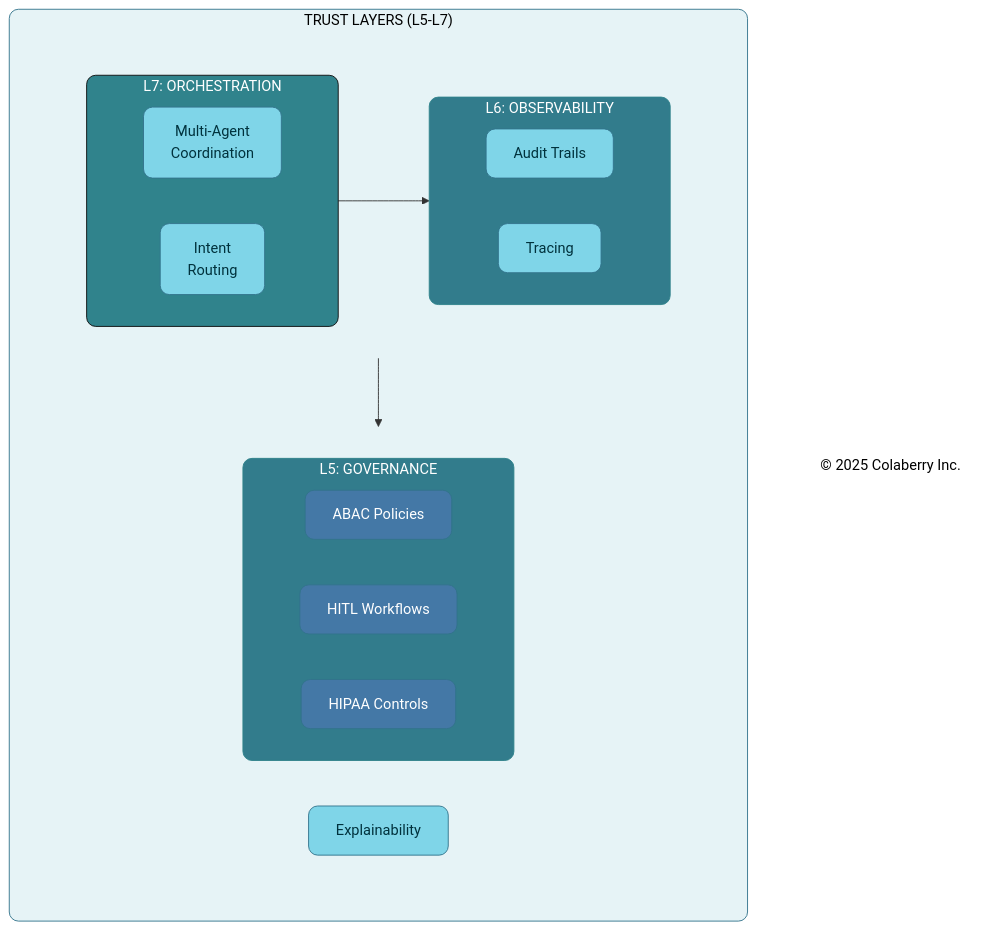
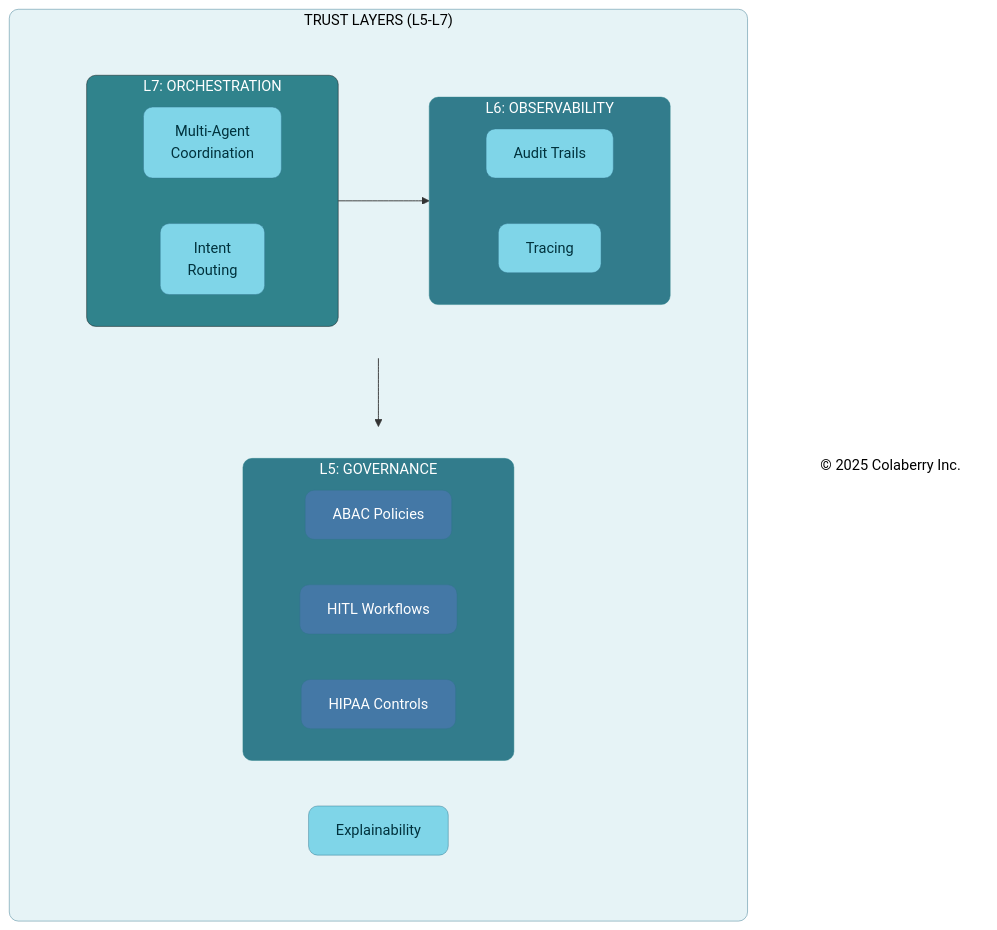
One commit to saitejesh-cyber/trust-before-intelligence-book changed the sixth of 7 diagrams in manuscript/11_chapter_10_week_by_week_implementation.md. Above: the diagram before and after it, drawn with Mermaid. The commit also changed other lines of this file and 12 other files, not shown here.

Commit message:
Update stroke width to 0.5px instead of 1px to all the diagrams

````diff
--- a/manuscript/11_chapter_10_week_by_week_implementation.md
+++ b/manuscript/11_chapter_10_week_by_week_implementation.md
@@ -1150,52 +1150,52 @@
 ```mermaid
 
 graph TB
     subgraph TRUST["TRUST LAYERS (L5-L7)"]
         direction TB
         subgraph ROW1[" "]
             direction LR
             subgraph ORCH["L7: ORCHESTRATION"]
                 O1["Multi-Agent<br/>Coordination"]
                 O2["Intent<br/>Routing"]
             end
             
             subgraph OBS["L6: OBSERVABILITY"]
                 B1["Audit Trails"]
                 B2["Tracing"]
             end
         end
         
         subgraph ROW2[" "]
             direction LR
             subgraph GOV["L5: GOVERNANCE"]
                 G1["ABAC Policies"]
                 G2["HITL Workflows"]
                 G3["HIPAA Controls"]
             end
             
             B3["Explainability"]
         end
     end
     
     Copyright["© 2025 Colaberry Inc."]
     
     ORCH --> OBS
     ROW1 --> ROW2
     
-    style TRUST fill:#E6F3F6,stroke:#32738C,stroke-width:1px,color:#000000,rx:10,ry:10
+    style TRUST fill:#E6F3F6,stroke:#32738C,stroke-width:0.5px,color:#000000,rx:10,ry:10
     style ROW1 fill:none,stroke:none,rx:10,ry:10
     style ROW2 fill:none,stroke:none,rx:10,ry:10
-    style ORCH fill:#30838C,stroke:#0D0D0D,stroke-width:1px,color:#ffffff,rx:10,ry:10
-    style OBS fill:#327C8C,stroke:#30838C,stroke-width:1px,color:#ffffff,rx:10,ry:10
-    style GOV fill:#327C8C,stroke:#30838C,stroke-width:1px,color:#ffffff,rx:10,ry:10
-    style O1 fill:#7FD5E8,stroke:#32738C,stroke-width:1px,color:#00323D,rx:10,ry:10
-    style O2 fill:#7FD5E8,stroke:#32738C,stroke-width:1px,color:#00323D,rx:10,ry:10
-    style B1 fill:#7FD5E8,stroke:#32738C,stroke-width:1px,color:#00323D,rx:10,ry:10
-    style B2 fill:#7FD5E8,stroke:#32738C,stroke-width:1px,color:#00323D,rx:10,ry:10
-    style B3 fill:#7FD5E8,stroke:#32738C,stroke-width:1px,color:#00323D,rx:10,ry:10
-    style G1 fill:#4478A6,stroke:#32738C,stroke-width:1px,color:#ffffff,rx:10,ry:10
-    style G2 fill:#4478A6,stroke:#32738C,stroke-width:1px,color:#ffffff,rx:10,ry:10
-    style G3 fill:#4478A6,stroke:#32738C,stroke-width:1px,color:#ffffff,rx:10,ry:10
+    style ORCH fill:#30838C,stroke:#0D0D0D,stroke-width:0.5px,color:#ffffff,rx:10,ry:10
+    style OBS fill:#327C8C,stroke:#30838C,stroke-width:0.5px,color:#ffffff,rx:10,ry:10
+    style GOV fill:#327C8C,stroke:#30838C,stroke-width:0.5px,color:#ffffff,rx:10,ry:10
+    style O1 fill:#7FD5E8,stroke:#32738C,stroke-width:0.5px,color:#00323D,rx:10,ry:10
+    style O2 fill:#7FD5E8,stroke:#32738C,stroke-width:0.5px,color:#00323D,rx:10,ry:10
+    style B1 fill:#7FD5E8,stroke:#32738C,stroke-width:0.5px,color:#00323D,rx:10,ry:10
+    style B2 fill:#7FD5E8,stroke:#32738C,stroke-width:0.5px,color:#00323D,rx:10,ry:10
+    style B3 fill:#7FD5E8,stroke:#32738C,stroke-width:0.5px,color:#00323D,rx:10,ry:10
+    style G1 fill:#4478A6,stroke:#32738C,stroke-width:0.5px,color:#ffffff,rx:10,ry:10
+    style G2 fill:#4478A6,stroke:#32738C,stroke-width:0.5px,color:#ffffff,rx:10,ry:10
+    style G3 fill:#4478A6,stroke:#32738C,stroke-width:0.5px,color:#ffffff,rx:10,ry:10
     style Copyright fill:none,stroke:none,color:#000000
 
 ```
````
